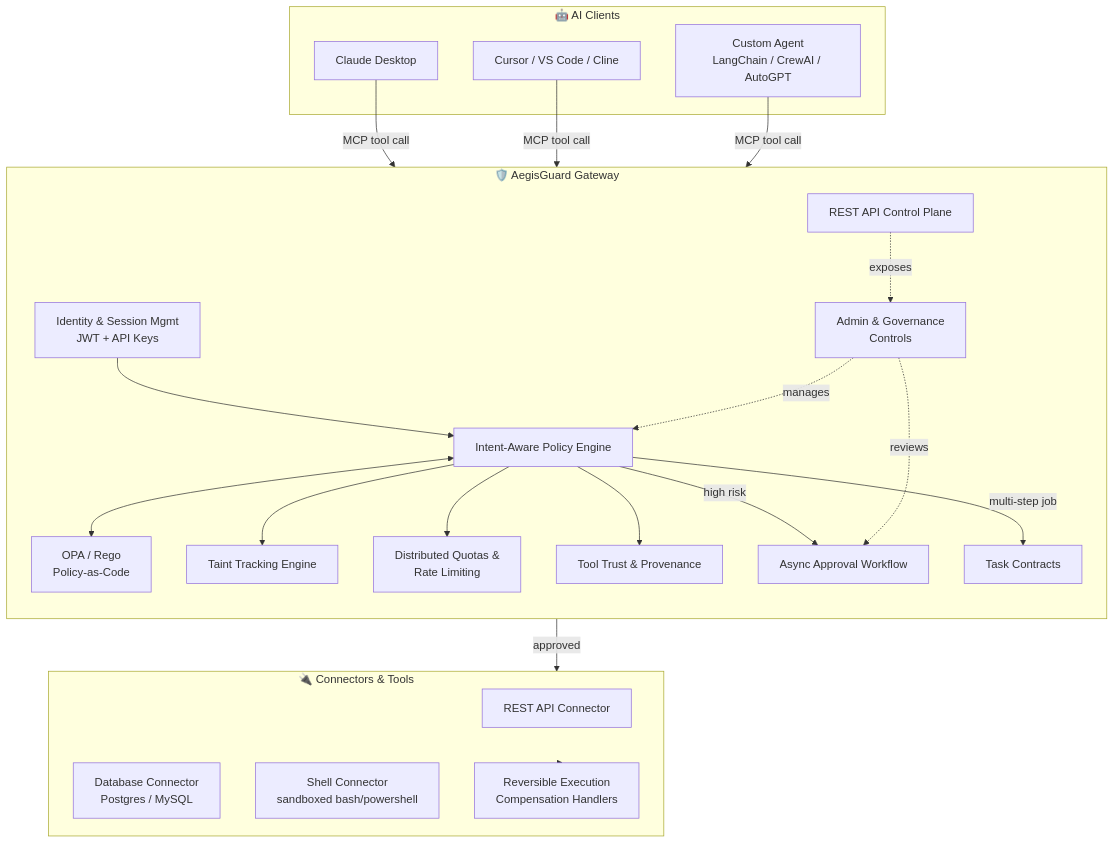
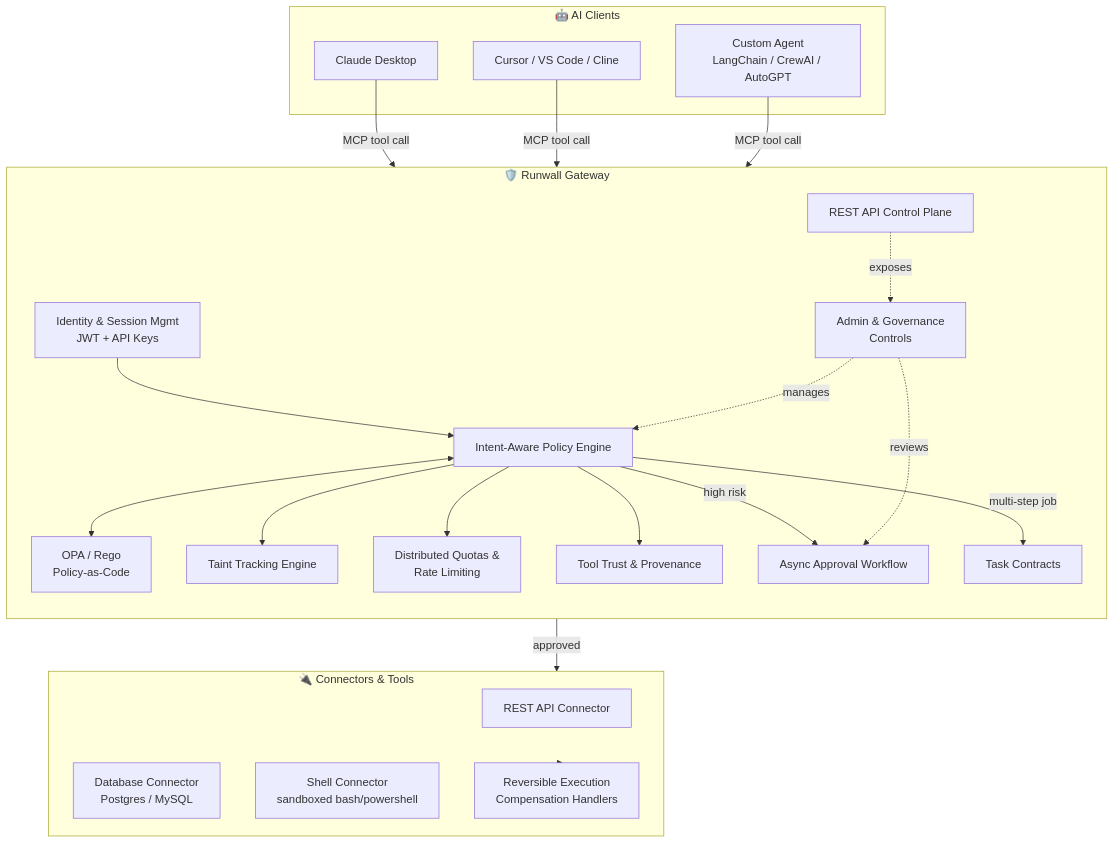
The first of 6 diagrams in README.md (dushyantzz/Runwall), drawn with Mermaid before and after one commit. The commit also changed other lines of this file, not shown here.

Commit message:
chore: rename project to Runwall throughout README

````diff
--- a/README.md
+++ b/README.md
@@ -44,43 +44,43 @@
 ```mermaid
 flowchart TB
     subgraph Clients["🤖 AI Clients"]
         A1[Claude Desktop]
         A2[Cursor / VS Code / Cline]
         A3[Custom Agent<br/>LangChain / CrewAI / AutoGPT]
     end
 
-    subgraph Aegis["🛡️ AegisGuard Gateway"]
+    subgraph Aegis["🛡️ Runwall Gateway"]
         direction TB
         Auth[Identity & Session Mgmt<br/>JWT + API Keys]
         Policy[Intent-Aware Policy Engine]
         Rate[Distributed Quotas &<br/>Rate Limiting]
         Taint[Taint Tracking Engine]
         Trust[Tool Trust & Provenance]
         Approval[Async Approval Workflow]
         Contracts[Task Contracts]
         OPA[OPA / Rego<br/>Policy-as-Code]
         Admin[Admin & Governance<br/>Controls]
         REST[REST API Control Plane]
     end
 
     subgraph Tools["🔌 Connectors & Tools"]
         T1[REST API Connector]
         T2[Database Connector<br/>Postgres / MySQL]
         T3[Shell Connector<br/>sandboxed bash/powershell]
         T4[Reversible Execution<br/>Compensation Handlers]
     end
 
     A1 & A2 & A3 -->|MCP tool call| Auth
     Auth --> Policy
     Policy <--> OPA
     Policy --> Taint
     Policy --> Rate
     Policy --> Trust
     Policy -->|high risk| Approval
     Policy -->|multi-step job| Contracts
     Policy -->|approved| Tools
     Admin -.manages.-> Policy
     Admin -.reviews.-> Approval
     REST -.exposes.-> Admin
     Tools --> T4
 ```
````
